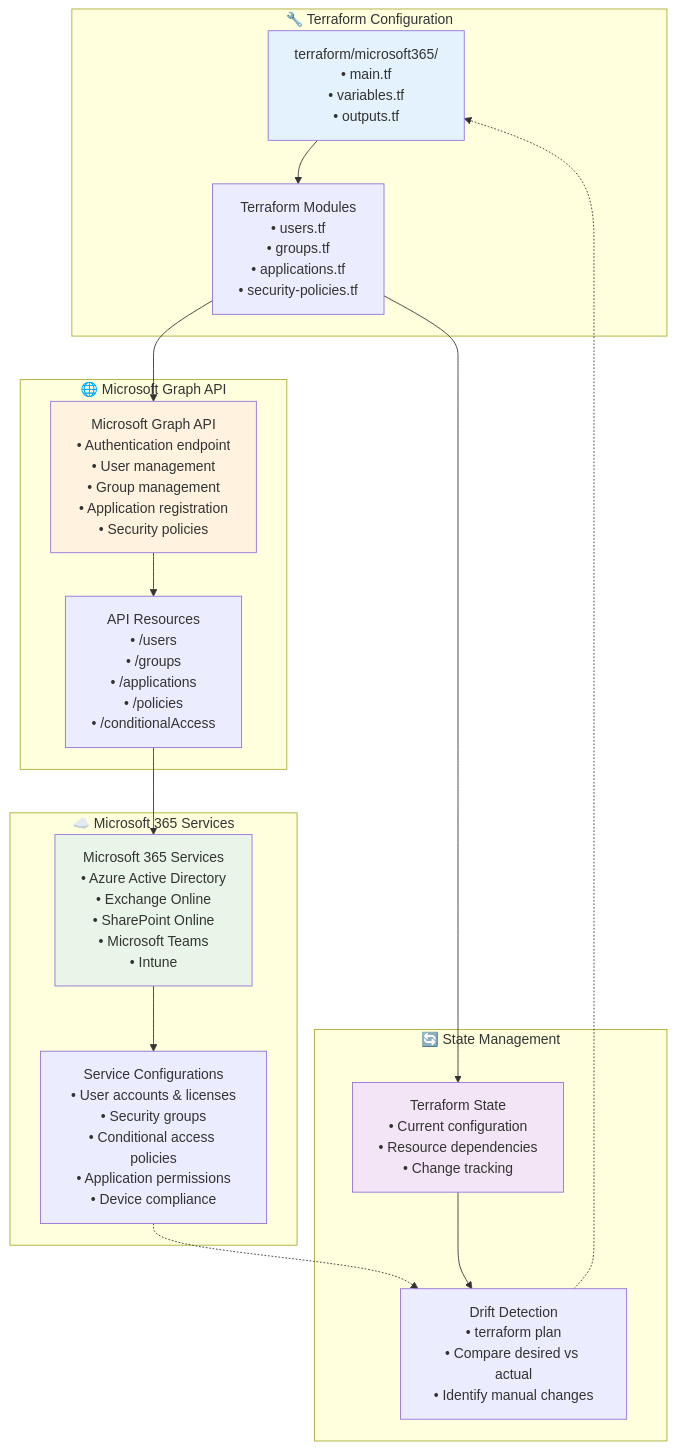
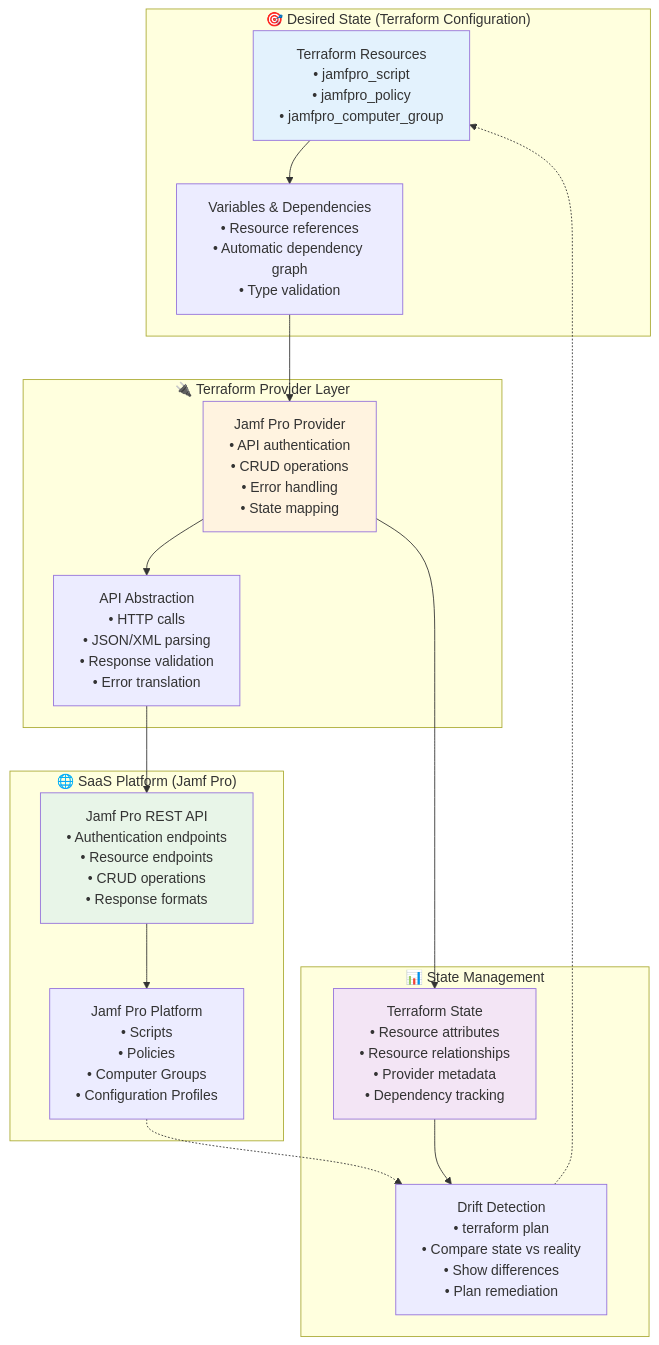
One commit to simondbrooke/terraform-training-jamfpro changed the second of 2 diagrams in training_materials/terraform/module_02_configuration_as_code_concepts.md. Above: the diagram before and after it, drawn with Mermaid. The commit also changed other lines of this file and 5 other files, not shown here.

````diff
--- a/training_materials/terraform/module_02_configuration_as_code_concepts.md
+++ b/training_materials/terraform/module_02_configuration_as_code_concepts.md
@@ -375,42 +212,38 @@
 ```mermaid
-flowchart TD
-    subgraph "🔧 Terraform Configuration"
-        TF_CONFIG["terraform/microsoft365/<br/>• main.tf<br/>• variables.tf<br/>• outputs.tf"]
-        TF_MODULES["Terraform Modules<br/>• users.tf<br/>• groups.tf<br/>• applications.tf<br/>• security-policies.tf"]
+graph TB
+    subgraph "🎯 Desired State (Terraform Configuration)"
+        CONFIG["Terraform Resources<br/>• jamfpro_script<br/>• jamfpro_policy<br/>• jamfpro_computer_group"]
+        VARIABLES["Variables & Dependencies<br/>• Resource references<br/>• Automatic dependency graph<br/>• Type validation"]
     end
     
-    subgraph "🌐 Microsoft Graph API"
-        GRAPH_API["Microsoft Graph API<br/>• Authentication endpoint<br/>• User management<br/>• Group management<br/>• Application registration<br/>• Security policies"]
-        API_RESOURCES["API Resources<br/>• /users<br/>• /groups<br/>• /applications<br/>• /policies<br/>• /conditionalAccess"]
+    subgraph "🔌 Terraform Provider Layer"
+        PROVIDER["Jamf Pro Provider<br/>• API authentication<br/>• CRUD operations<br/>• Error handling<br/>• State mapping"]
+        ABSTRACTION["API Abstraction<br/>• HTTP calls<br/>• JSON/XML parsing<br/>• Response validation<br/>• Error translation"]
     end
     
-    subgraph "☁️ Microsoft 365 Services"
-        M365_SERVICES["Microsoft 365 Services<br/>• Azure Active Directory<br/>• Exchange Online<br/>• SharePoint Online<br/>• Microsoft Teams<br/>• Intune"]
-        SERVICE_CONFIG["Service Configurations<br/>• User accounts & licenses<br/>• Security groups<br/>• Conditional access policies<br/>• Application permissions<br/>• Device compliance"]
+    subgraph "🌐 SaaS Platform (Jamf Pro)"
+        API["Jamf Pro REST API<br/>• Authentication endpoints<br/>• Resource endpoints<br/>• CRUD operations<br/>• Response formats"]
+        PLATFORM["Jamf Pro Platform<br/>• Scripts<br/>• Policies<br/>• Computer Groups<br/>• Configuration Profiles"]
     end
     
-    subgraph "🔄 State Management"
-        TF_STATE["Terraform State<br/>• Current configuration<br/>• Resource dependencies<br/>• Change tracking"]
-        DRIFT_DETECT["Drift Detection<br/>• terraform plan<br/>• Compare desired vs actual<br/>• Identify manual changes"]
+    subgraph "📊 State Management"
+        STATE["Terraform State<br/>• Resource attributes<br/>• Resource relationships<br/>• Provider metadata<br/>• Dependency tracking"]
+        DRIFT["Drift Detection<br/>• terraform plan<br/>• Compare state vs reality<br/>• Show differences<br/>• Plan remediation"]
     end
     
-    %% Connections
-    TF_CONFIG --> TF_MODULES
-    TF_MODULES --> GRAPH_API
-    GRAPH_API --> API_RESOURCES
-    API_RESOURCES --> M365_SERVICES
-    M365_SERVICES --> SERVICE_CONFIG
+    CONFIG --> VARIABLES
+    VARIABLES --> PROVIDER
+    PROVIDER --> ABSTRACTION
+    ABSTRACTION --> API
+    API --> PLATFORM
     
-    %% State management
-    TF_MODULES --> TF_STATE
-    TF_STATE --> DRIFT_DETECT
-    DRIFT_DETECT -.-> TF_CONFIG
+    PROVIDER --> STATE
+    STATE --> DRIFT
+    DRIFT -.-> CONFIG
+    PLATFORM -.-> DRIFT
     
-    %% Feedback loop for drift remediation
-    SERVICE_CONFIG -.-> DRIFT_DETECT
-    
-    style TF_CONFIG fill:#e3f2fd
-    style GRAPH_API fill:#fff3e0
-    style M365_SERVICES fill:#e8f5e8
-    style TF_STATE fill:#f3e5f5
+    style CONFIG fill:#e3f2fd
+    style PROVIDER fill:#fff3e0
+    style API fill:#e8f5e8
+    style STATE fill:#f3e5f5
 ```
````
